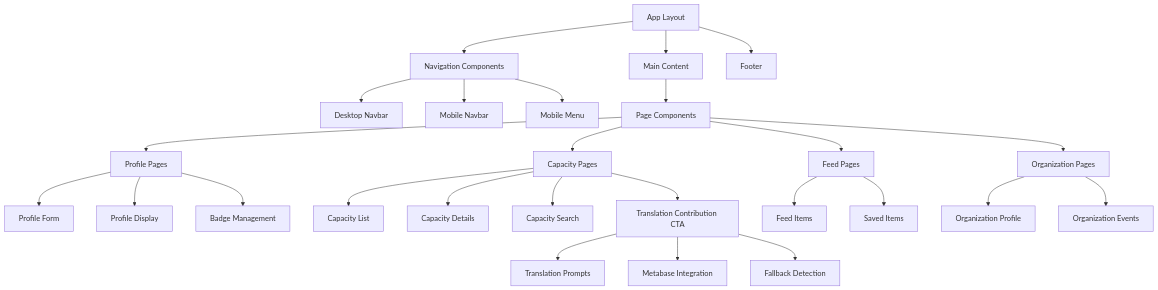
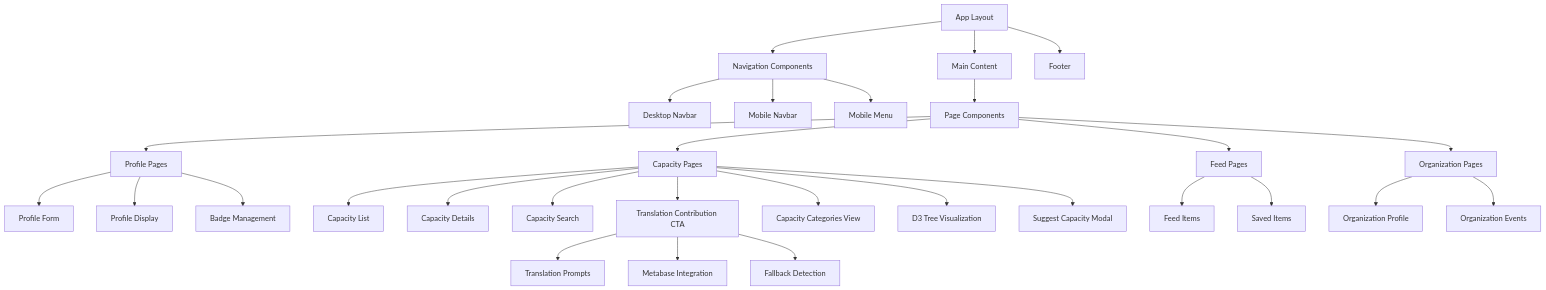
Before and after one commit to wikimediabrasil/capx-frontend: the sixth of 6 diagrams in README.md, drawn with Mermaid. The commit also changed other lines of this file and 27 other files, not shown here.

````diff
--- a/README.md
+++ b/README.md
@@ -536,35 +540,38 @@
 ```mermaid
 graph TD
     A[App Layout] --> B[Navigation Components]
     A --> C[Main Content]
     A --> D[Footer]
 
     B --> E[Desktop Navbar]
     B --> F[Mobile Navbar]
     B --> G[Mobile Menu]
 
     C --> H[Page Components]
     H --> I[Profile Pages]
     H --> J[Capacity Pages]
     H --> K[Feed Pages]
     H --> L[Organization Pages]
 
     I --> M[Profile Form]
     I --> N[Profile Display]
     I --> O[Badge Management]
 
     J --> P[Capacity List]
     J --> Q[Capacity Details]
     J --> R[Capacity Search]
     J --> S[Translation Contribution CTA]
+    J --> T2[Capacity Categories View]
+    J --> U2[D3 Tree Visualization]
+    J --> V2[Suggest Capacity Modal]
 
     K --> T[Feed Items]
     K --> U[Saved Items]
 
     L --> V[Organization Profile]
     L --> W[Organization Events]
 
     S --> X[Translation Prompts]
     S --> Y[Metabase Integration]
     S --> Z[Fallback Detection]
 ```
````
